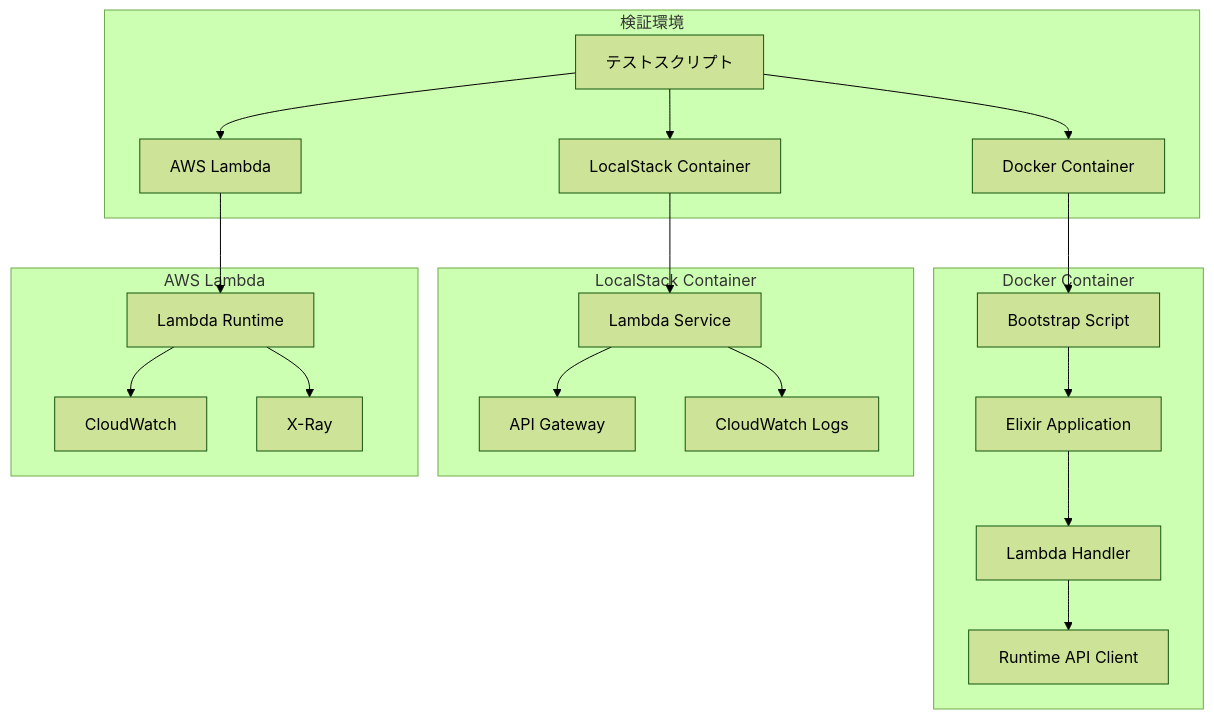
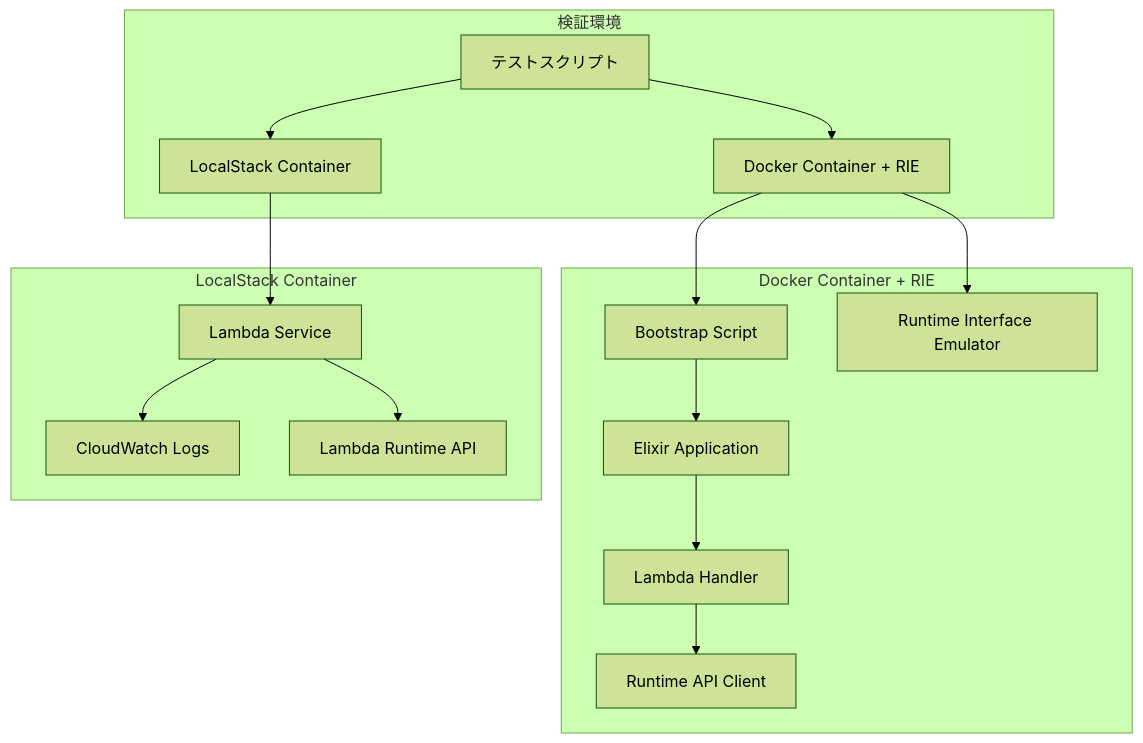
One commit to TORIFUKUKaiou/toukon_lambda changed the first of 2 diagrams in .kiro/specs/lambda-verification/design.md. Above: the diagram before and after it, drawn with Mermaid (forest theme). The commit also changed other lines of this file and 2 other files, not shown here.

````diff
--- a/.kiro/specs/lambda-verification/design.md
+++ b/.kiro/specs/lambda-verification/design.md
@@ -11,27 +11,21 @@
 ```mermaid
 graph TB
     subgraph "検証環境"
-        A[テストスクリプト] --> B[Docker Container]
+        A[テストスクリプト] --> B[Docker Container + RIE]
         A --> C[LocalStack Container]
-        A --> D[AWS Lambda]
     end
     
-    subgraph "Docker Container"
+    subgraph "Docker Container + RIE"
         B --> E[Bootstrap Script]
         E --> F[Elixir Application]
         F --> G[Lambda Handler]
         G --> H[Runtime API Client]
+        B --> I[Runtime Interface Emulator]
     end
     
     subgraph "LocalStack Container"
-        C --> I[Lambda Service]
-        I --> J[API Gateway]
-        I --> K[CloudWatch Logs]
-    end
-    
-    subgraph "AWS Lambda"
-        D --> L[Lambda Runtime]
-        L --> M[CloudWatch]
-        L --> N[X-Ray]
+        C --> J[Lambda Service]
+        J --> K[CloudWatch Logs]
+        J --> L[Lambda Runtime API]
     end
 ```
````
